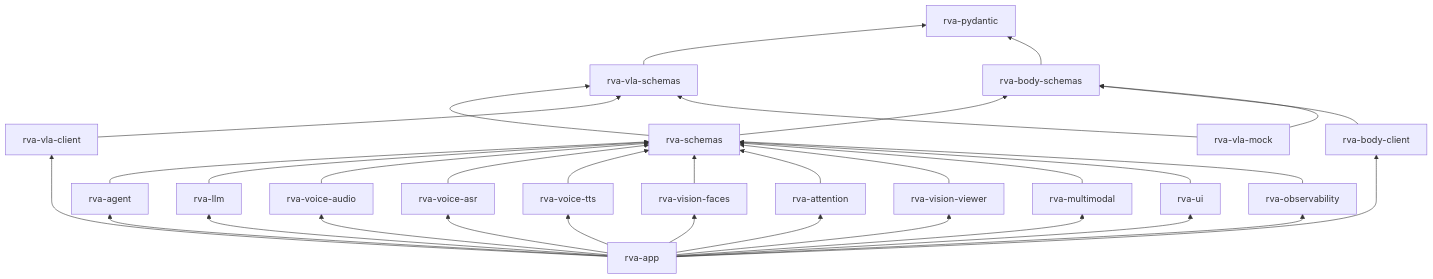
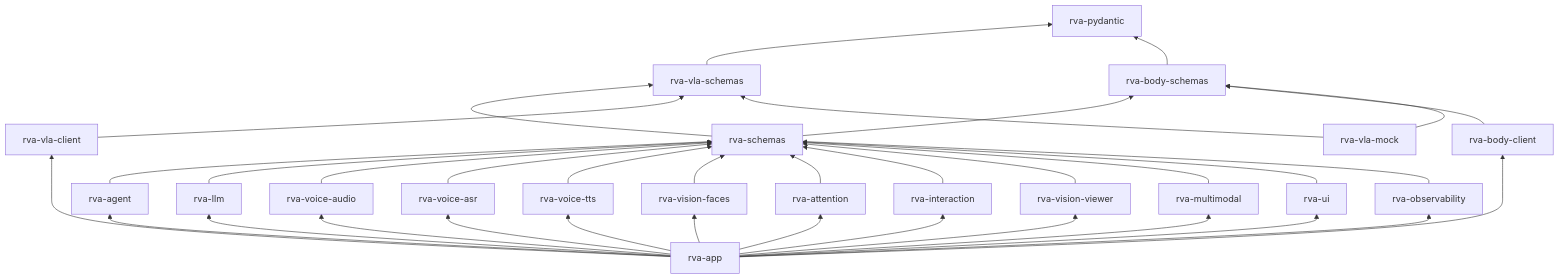
The ninth of 9 diagrams in docs/ARCHITECTURE.md (lokiledev/robot-voice-agent), drawn with Mermaid before and after one commit. The commit also changed other lines of this file and 28 other files, not shown here.

````diff
--- a/docs/ARCHITECTURE.md
+++ b/docs/ARCHITECTURE.md
@@ -500,29 +526,30 @@
 ```mermaid
 flowchart BT
     PYD["rva-pydantic"]
     VLAS["rva-vla-schemas"]
     BODYS["rva-body-schemas"]
     SCH["rva-schemas"]
     VLAC["rva-vla-client"]
     BODYC["rva-body-client"]
     MOCK["rva-vla-mock"]
     AGENT["rva-agent"]
     LLM["rva-llm"]
     AUD["rva-voice-audio"]
     ASR["rva-voice-asr"]
     TTS["rva-voice-tts"]
     VIS["rva-vision-faces"]
     ATT["rva-attention"]
+    INT["rva-interaction"]
     VIEW["rva-vision-viewer"]
     MM["rva-multimodal"]
     UI["rva-ui"]
     OBS["rva-observability"]
     APP["rva-app"]
     VLAS & BODYS --> PYD
     SCH --> VLAS & BODYS
     VLAC --> VLAS
     BODYC --> BODYS
     MOCK --> VLAS & BODYS
-    AGENT & LLM & AUD & ASR & TTS & VIS & ATT & VIEW & MM & UI & OBS --> SCH
-    APP --> AGENT & LLM & AUD & ASR & TTS & VIS & ATT & VIEW & MM & UI & OBS & VLAC & BODYC
+    AGENT & LLM & AUD & ASR & TTS & VIS & ATT & INT & VIEW & MM & UI & OBS --> SCH
+    APP --> AGENT & LLM & AUD & ASR & TTS & VIS & ATT & INT & VIEW & MM & UI & OBS & VLAC & BODYC
 ```
````
